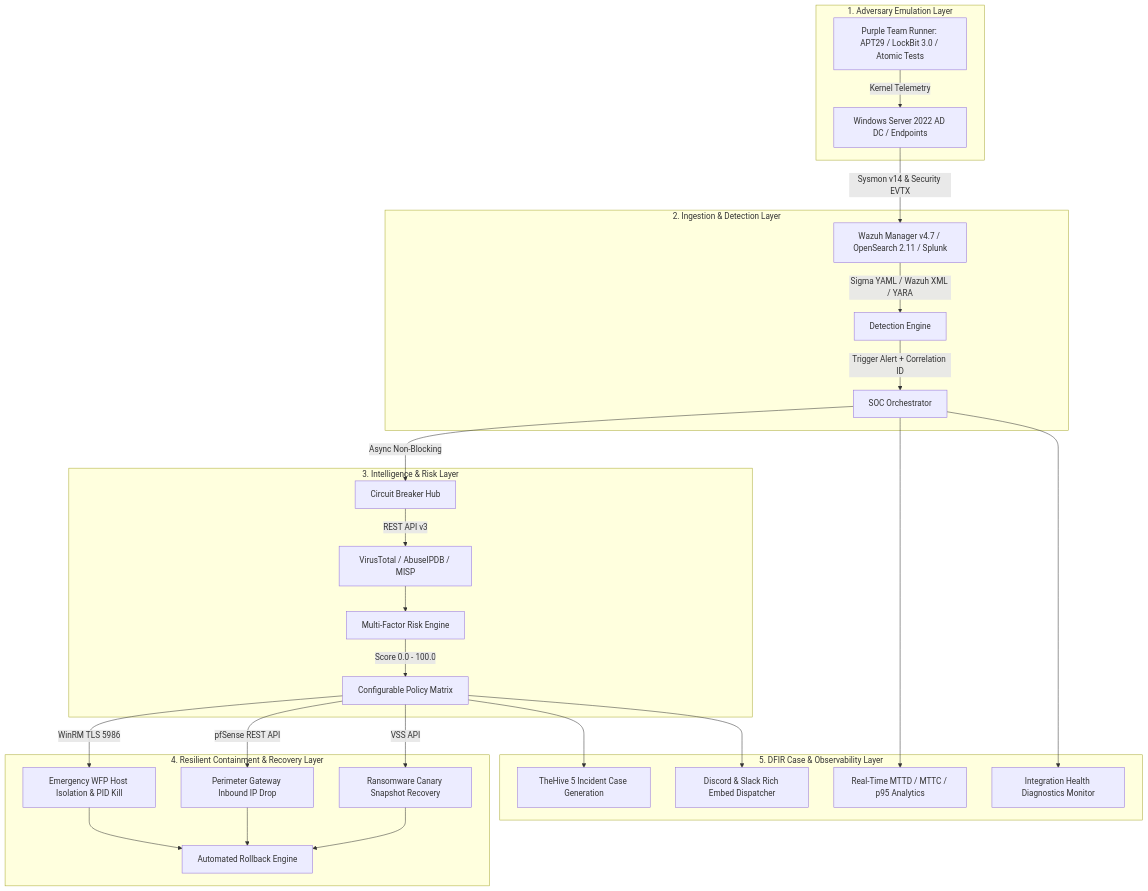
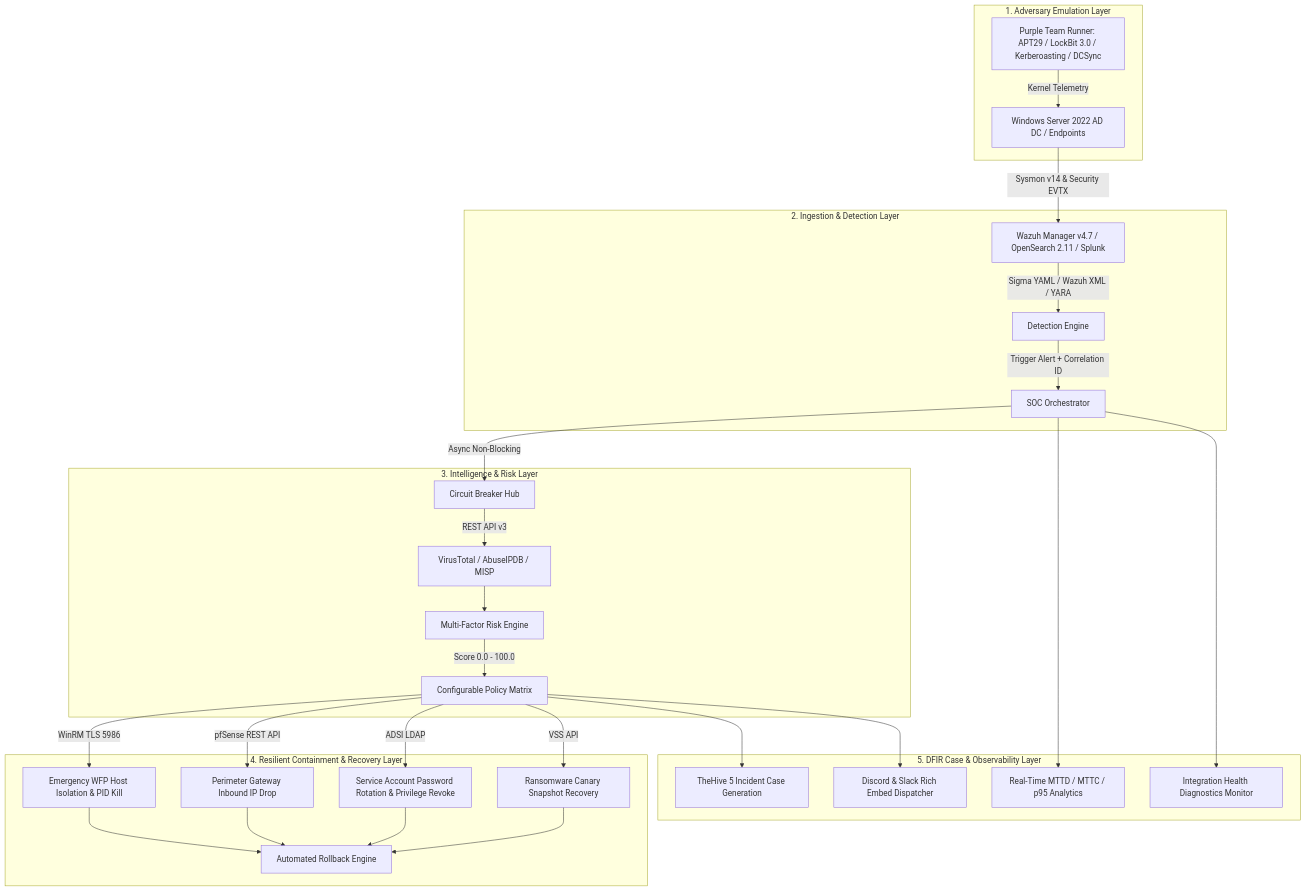
The diagram in README.md (lumidren/CyberPulse-SOC-Suite), drawn with Mermaid before and after one commit. The commit also changed other lines of this file and 14 other files, not shown here.

Commit message:
feat(detection): add Kerberoasting (T1558.001) and DCSync (T1003.006) detection rules, DELC lifecycles, and 13 unit tests

````diff
--- a/README.md
+++ b/README.md
@@ -19,33 +19,34 @@
 ```mermaid
 flowchart TD
     subgraph 1. Adversary Emulation Layer
-        APT[Purple Team Runner: APT29 / LockBit 3.0 / Atomic Tests] -->|Kernel Telemetry| EP[Windows Server 2022 AD DC / Endpoints]
+        APT[Purple Team Runner: APT29 / LockBit 3.0 / Kerberoasting / DCSync] -->|Kernel Telemetry| EP[Windows Server 2022 AD DC / Endpoints]
     end
 
     subgraph 2. Ingestion & Detection Layer
         EP -->|Sysmon v14 & Security EVTX| WAZUH[Wazuh Manager v4.7 / OpenSearch 2.11 / Splunk]
         WAZUH -->|Sigma YAML / Wazuh XML / YARA| DE[Detection Engine]
         DE -->|Trigger Alert + Correlation ID| PIPELINE[SOC Orchestrator]
     end
 
     subgraph 3. Intelligence & Risk Layer
         PIPELINE -->|Async Non-Blocking| CB[Circuit Breaker Hub]
         CB -->|REST API v3| VT[VirusTotal / AbuseIPDB / MISP]
         VT --> RISK[Multi-Factor Risk Engine]
         RISK -->|Score 0.0 - 100.0| POL[Configurable Policy Matrix]
     end
 
     subgraph 4. Resilient Containment & Recovery Layer
         POL -->|WinRM TLS 5986| ISO[Emergency WFP Host Isolation & PID Kill]
         POL -->|pfSense REST API| FW[Perimeter Gateway Inbound IP Drop]
+        POL -->|ADSI LDAP| AD[Service Account Password Rotation & Privilege Revoke]
         POL -->|VSS API| VSS[Ransomware Canary Snapshot Recovery]
-        ISO & FW & VSS --> ROLLBACK[Automated Rollback Engine]
+        ISO & FW & AD & VSS --> ROLLBACK[Automated Rollback Engine]
     end
 
     subgraph 5. DFIR Case & Observability Layer
         POL --> TH[TheHive 5 Incident Case Generation]
         POL --> NOTIF[Discord & Slack Rich Embed Dispatcher]
         PIPELINE --> METRICS[Real-Time MTTD / MTTC / p95 Analytics]
         PIPELINE --> HEALTH[Integration Health Diagnostics Monitor]
     end
 ```
````
